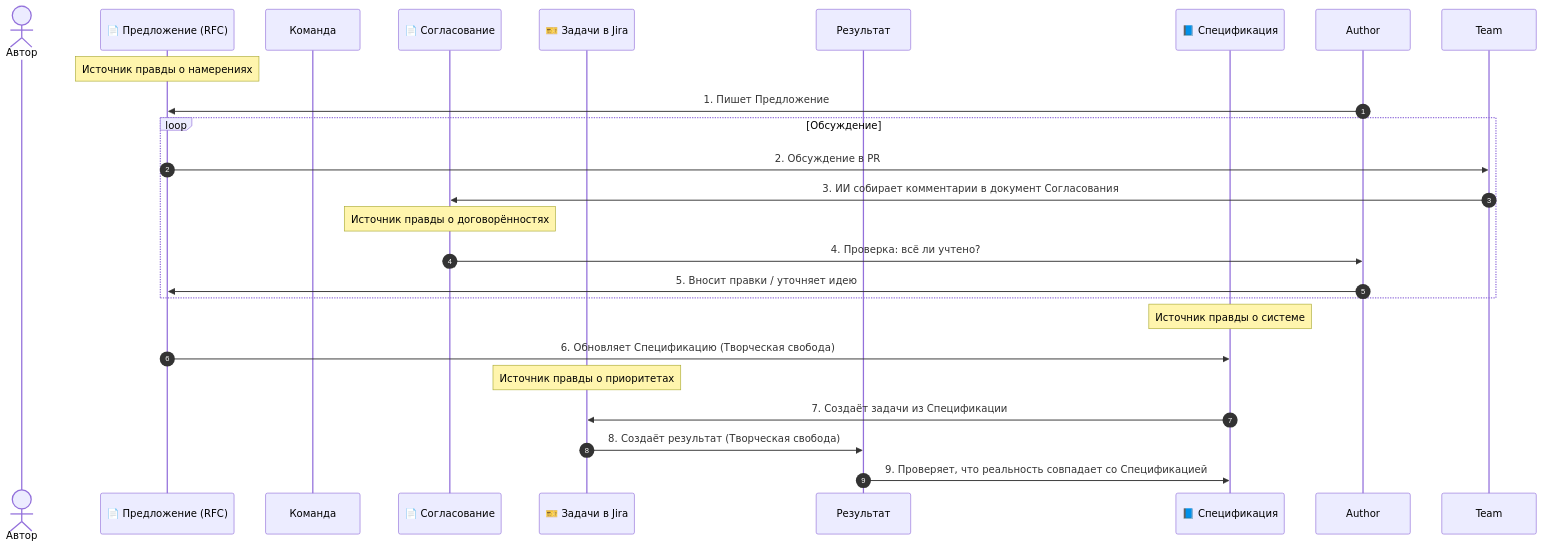
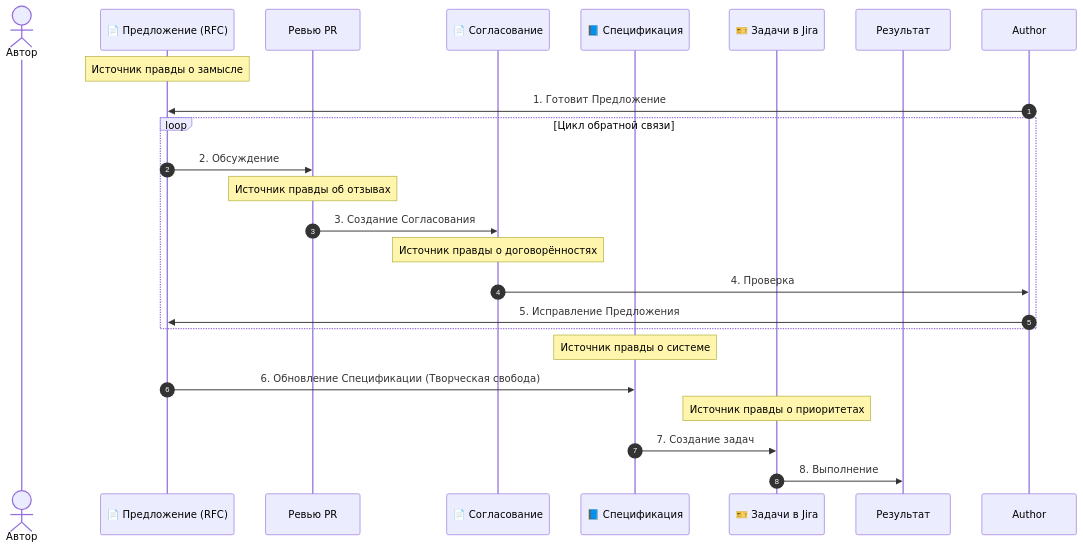
One commit to idealic-ai/docs changed the diagram in translations/simple-ru/company/02_process.md. Above: the diagram before and after it, drawn with Mermaid. The commit also changed other lines of this file and 16 other files, not shown here.

````diff
--- a/translations/simple-ru/company/02_process.md
+++ b/translations/simple-ru/company/02_process.md
@@ -64,31 +64,30 @@
 ```mermaid
 sequenceDiagram
     autonumber
     actor Автор
     participant Proposal as 📄 Предложение (RFC)
-    participant Команда
+    participant PR as Ревью PR
     participant Alignment as 📄 Согласование
+    participant Spec as 📘 Спецификация
     participant Jira as 🎫 Задачи в Jira
     participant Artifact as Результат
-    participant Spec as 📘 Спецификация
 
-    Note over Proposal: Источник правды о намерениях
-    Author->>Proposal: 1. Пишет Предложение
+    Note over Proposal: Источник правды о замысле
+    Author->>Proposal: 1. Готовит Предложение
 
-    loop Обсуждение
-        Proposal->>Team: 2. Обсуждение в PR
-        Team->>Alignment: 3. ИИ собирает комментарии в документ Согласования
-
+    loop Цикл обратной связи
+        Proposal->>PR: 2. Обсуждение
+        Note over PR: Источник правды об отзывах
+        PR->>Alignment: 3. Создание Согласования
         Note over Alignment: Источник правды о договорённостях
-        Alignment->>Author: 4. Проверка: всё ли учтено?
-        Author->>Proposal: 5. Вносит правки / уточняет идею
+        Alignment->>Author: 4. Проверка
+        Author->>Proposal: 5. Исправление Предложения
     end
 
     Note over Spec: Источник правды о системе
-    Proposal->>Spec: 6. Обновляет Спецификацию (Творческая свобода)
+    Proposal->>Spec: 6. Обновление Спецификации (Творческая свобода)
 
     Note over Jira: Источник правды о приоритетах
-    Spec->>Jira: 7. Создаёт задачи из Спецификации
-    Jira->>Artifact: 8. Создаёт результат (Творческая свобода)
-    Artifact->>Spec: 9. Проверяет, что реальность совпадает со Спецификацией
+    Spec->>Jira: 7. Создание задач
+    Jira->>Artifact: 8. Выполнение
 ```
````
